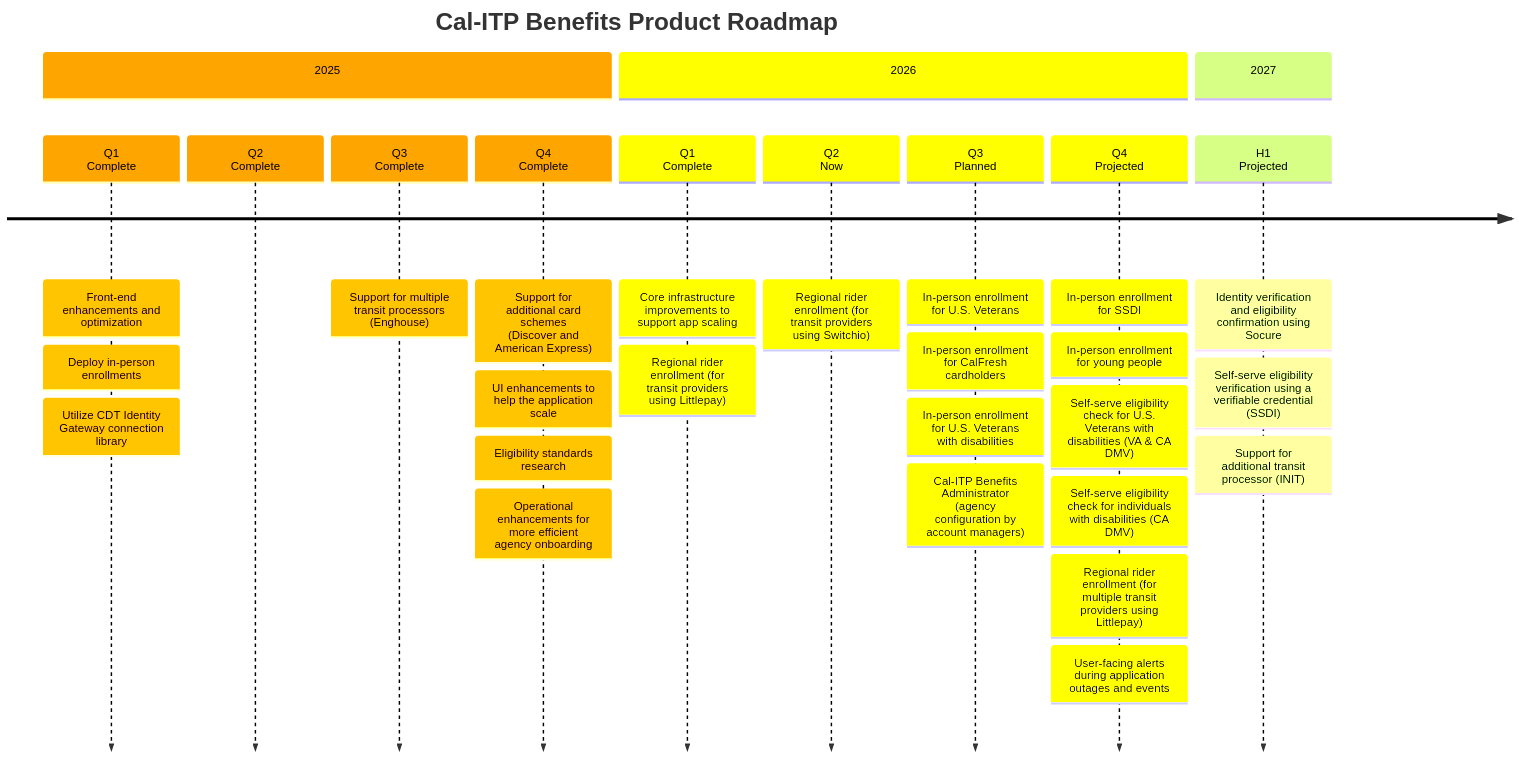
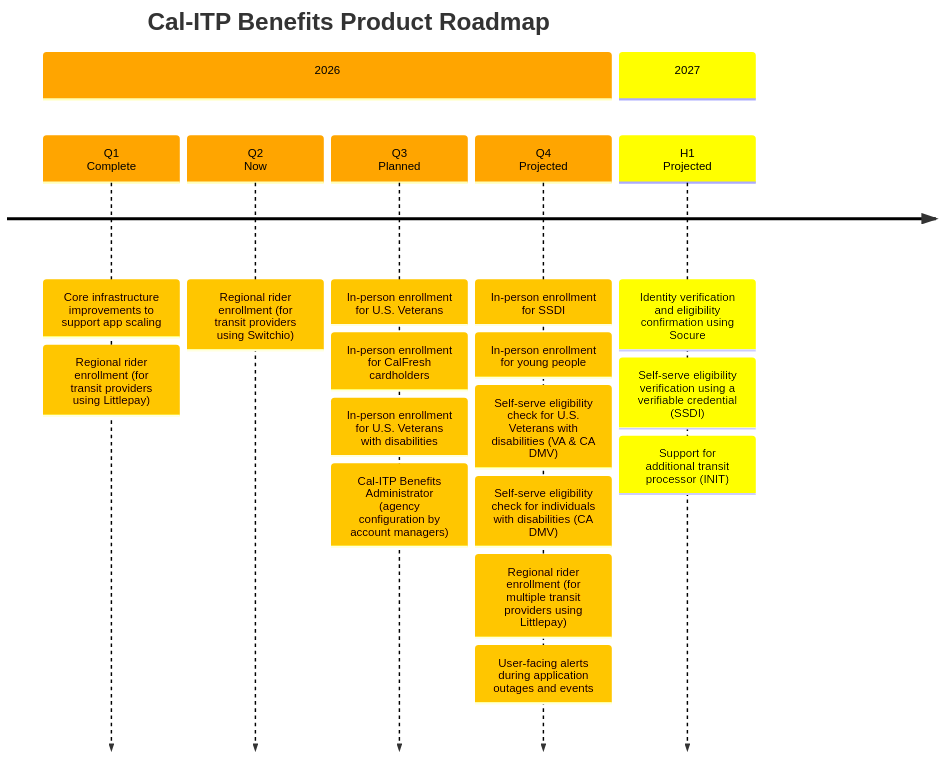
One commit to cal-itp/benefits changed the diagram in docs/index.md. Above: the diagram before and after it, drawn with Mermaid.

Commit message:
docs: removes 2025 Cal-ITP Benefits roadmap section
Removed 2025 roadmap details from the documentation.

````diff
--- a/docs/index.md
+++ b/docs/index.md
@@ -26,70 +26,51 @@
 ```mermaid
 timeline
     title Cal-ITP Benefits Product Roadmap
-
-%% Cal-ITP Benefits Epics (2025)
-          section 2025
-
-          Q1<br>Complete
-        : Front-end enhancements and optimization
-        : Deploy in-person enrollments
-        : Utilize CDT Identity Gateway connection library
-
-          Q2<br>Complete
-
-          Q3<br>Complete
-        : Support for multiple transit processors (Enghouse)
-
-          Q4<br>Complete
-        : Support for additional card schemes<br>(Discover and American Express)
-        : UI enhancements to help the application scale
-        : Eligibility standards research
-        : Operational enhancements for more efficient agency onboarding
 
 %% Cal-ITP Benefits Epics (2026)
 
         section 2026
 
         Q1<br>Complete
         : Core infrastructure improvements to support app scaling
         : Regional rider enrollment (for transit providers using Littlepay)
 
         Q2<br>Now
         : Regional rider enrollment (for transit providers using Switchio)
 
         Q3<br>Planned
         : In-person enrollment for U.S. Veterans
         : In-person enrollment for CalFresh cardholders
         : In-person enrollment for U.S. Veterans with disabilities
         : Cal-ITP Benefits Administrator<br>(agency configuration by account managers)
 
         Q4<br>Projected
         : In-person enrollment for SSDI
         : In-person enrollment for young people
         : Self-serve eligibility check for U.S. Veterans with disabilities (VA & CA DMV)
         : Self-serve eligibility check for individuals with disabilities (CA DMV)
         : Regional rider enrollment (for multiple transit providers using Littlepay)
         : User-facing alerts during application outages and events
 
 %% Cal-ITP Benefits Epics & Initiatives (Future)
 
         section 2027
 
         H1<br>Projected
 
         : Identity verification and eligibility confirmation using Socure
         : Self-serve eligibility verification using a verifiable credential (SSDI)
         : Support for additional transit processor (INIT)
 %%{
   init: {
     'logLevel': 'debug',
     'theme': 'default' ,
     'themeVariables': {
       'cScale0': 'orange',
       'cScaleLabel0': 'black',
       'cScale1': 'yellow',
       'cScaleLabel1': 'black'
     }
   }
 }%%
 ```
````
